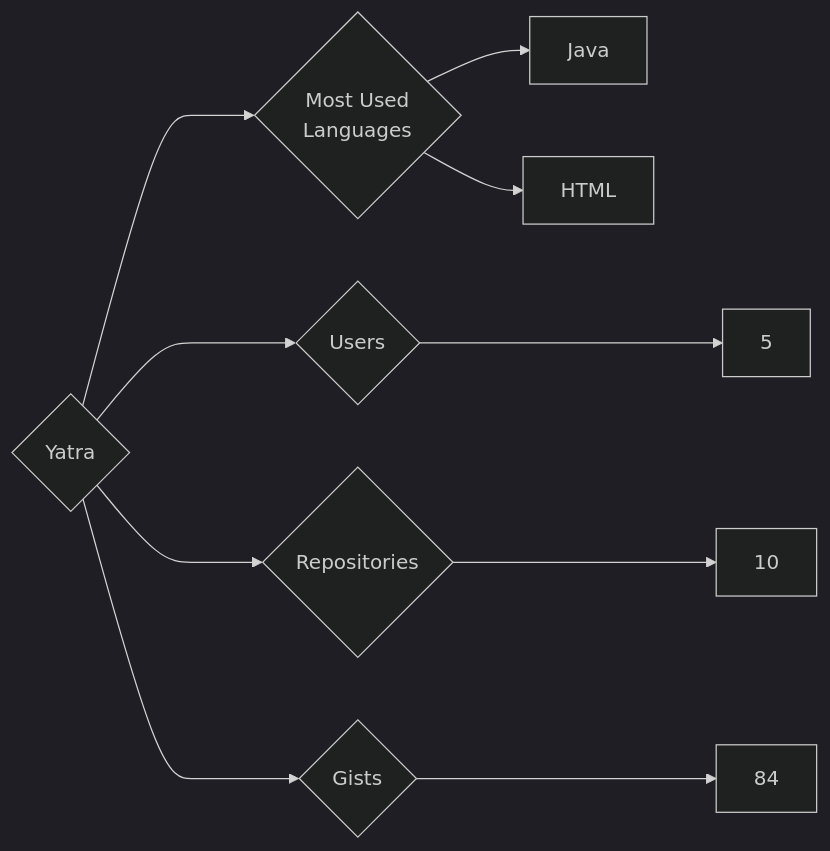
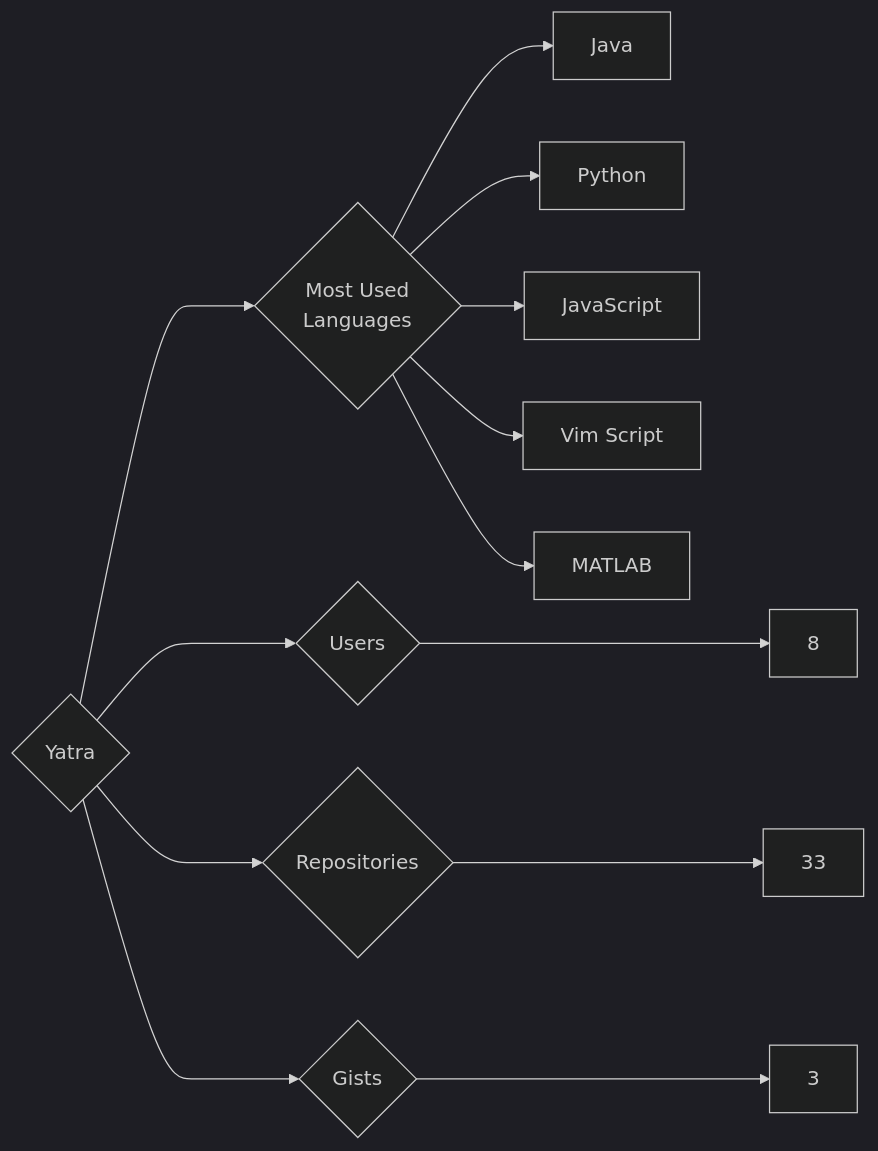
One commit to trickest/insiders changed the diagram in targets/Yatra/README.md. Above: the diagram before and after it, drawn with Mermaid (dark theme). The commit also changed 1248 other files, not shown here.

````diff
--- a/targets/Yatra/README.md
+++ b/targets/Yatra/README.md
@@ -3,10 +3,13 @@
 ```mermaid
 graph LR
 COMPANY_NAME{Yatra}
-COMPANY_NAME ---> U{Users} ---> UN[5]
-COMPANY_NAME ---> R{Repositories} ---> RN[10]
-COMPANY_NAME ---> G{Gists} ---> GN[84]
+COMPANY_NAME ---> U{Users} ---> UN[8]
+COMPANY_NAME ---> R{Repositories} ---> RN[33]
+COMPANY_NAME ---> G{Gists} ---> GN[3]
 COMPANY_NAME ---> ML{Most Used<br>Languages}
 ML --> Java[Java]
-ML --> HTML[HTML]
+ML --> Python[Python]
+ML --> JavaScript[JavaScript]
+ML --> Vim_Script[Vim Script]
+ML --> MATLAB[MATLAB]
 ```
````
